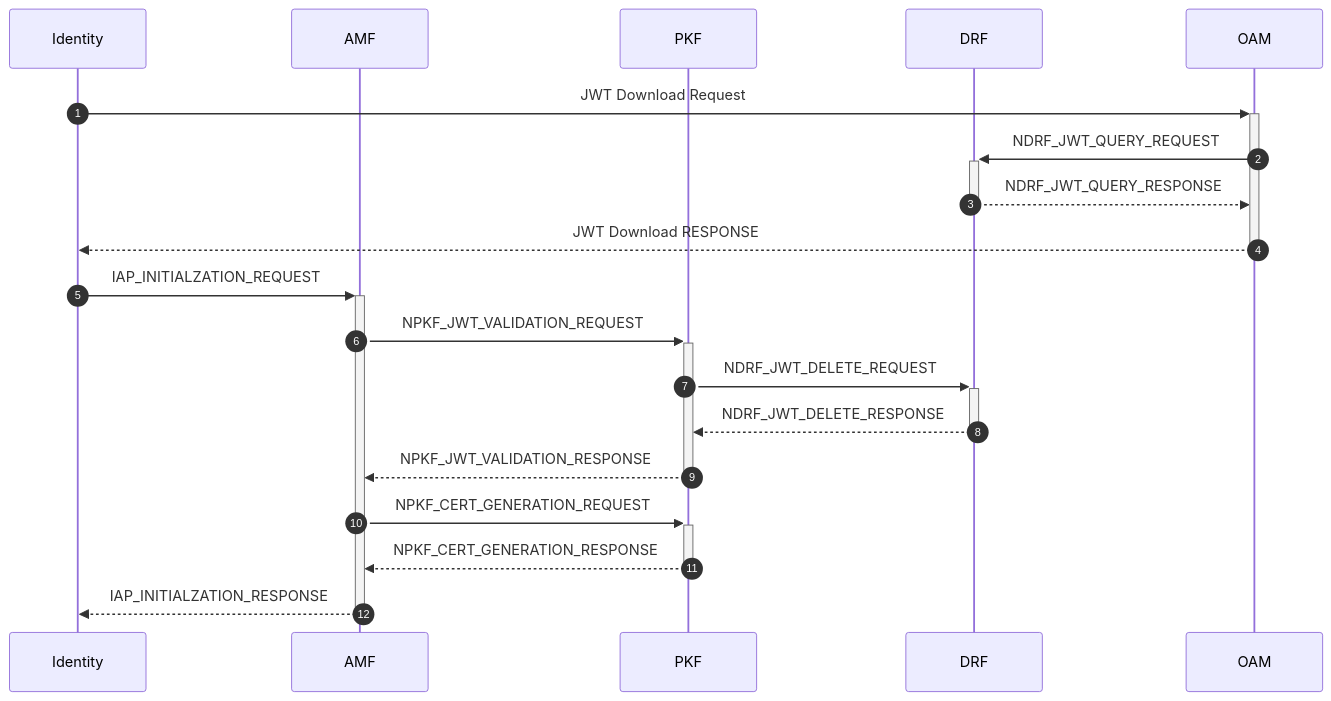
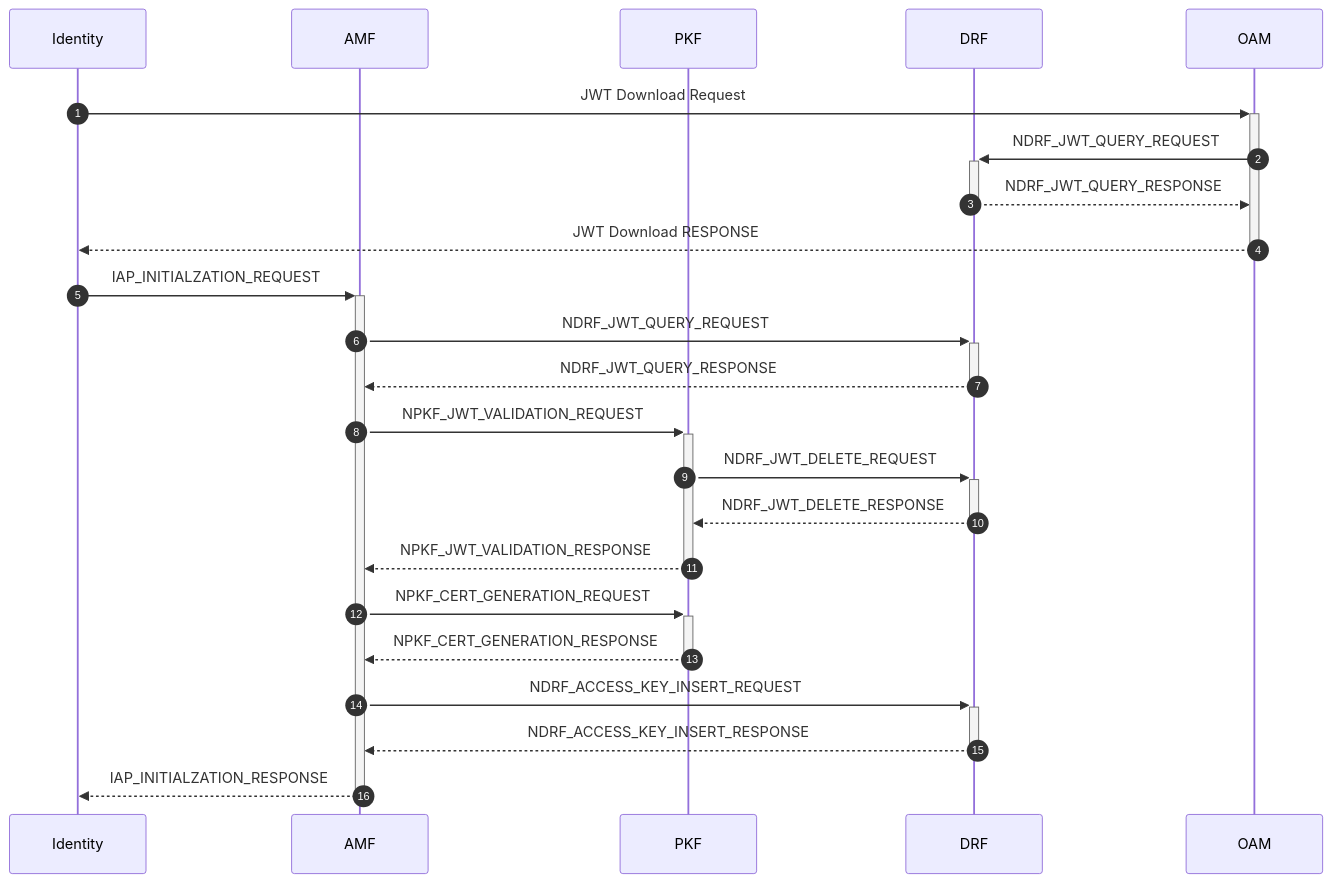
One commit to veil-link/veilink changed the sixth of 23 diagrams in doc/doc-spec/00-series-general/00.002-procedure.md. Above: the diagram before and after it, drawn with Mermaid. The commit also changed other lines of this file and 1 other file, not shown here.

````diff
--- a/doc/doc-spec/00-series-general/00.002-procedure.md
+++ b/doc/doc-spec/00-series-general/00.002-procedure.md
@@ -132,24 +132,28 @@
 ```mermaid
 sequenceDiagram
     autonumber
 
     participant id as Identity
     participant amf as AMF
     participant pkf as PKF
     participant drf as DRF
     participant oam as OAM
 
     id ->>+ oam: JWT Download Request
     oam ->>+ drf: NDRF_JWT_QUERY_REQUEST
     drf -->>- oam: NDRF_JWT_QUERY_RESPONSE
     oam -->>- id: JWT Download RESPONSE
 
     id ->>+ amf: IAP_INITIALZATION_REQUEST
+    amf ->>+ drf: NDRF_JWT_QUERY_REQUEST
+    drf -->>- amf: NDRF_JWT_QUERY_RESPONSE
     amf ->>+ pkf: NPKF_JWT_VALIDATION_REQUEST
     pkf ->>+ drf: NDRF_JWT_DELETE_REQUEST
     drf -->>- pkf: NDRF_JWT_DELETE_RESPONSE
     pkf -->>- amf: NPKF_JWT_VALIDATION_RESPONSE
     amf ->>+ pkf: NPKF_CERT_GENERATION_REQUEST
     pkf -->>- amf: NPKF_CERT_GENERATION_RESPONSE
+    amf ->>+ drf: NDRF_ACCESS_KEY_INSERT_REQUEST
+    drf -->>- amf: NDRF_ACCESS_KEY_INSERT_RESPONSE
     amf -->>- id: IAP_INITIALZATION_RESPONSE
 ```
````
